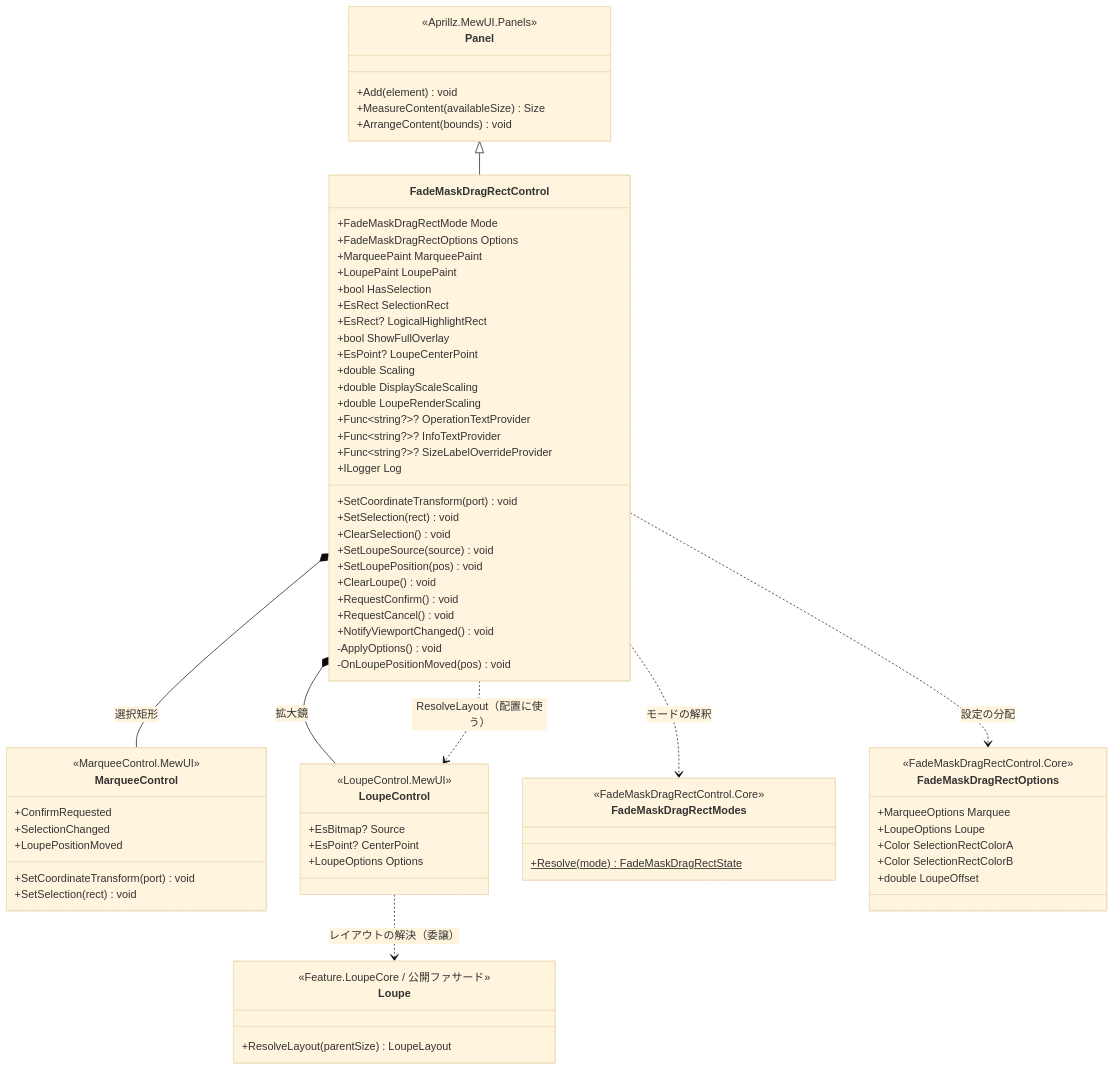
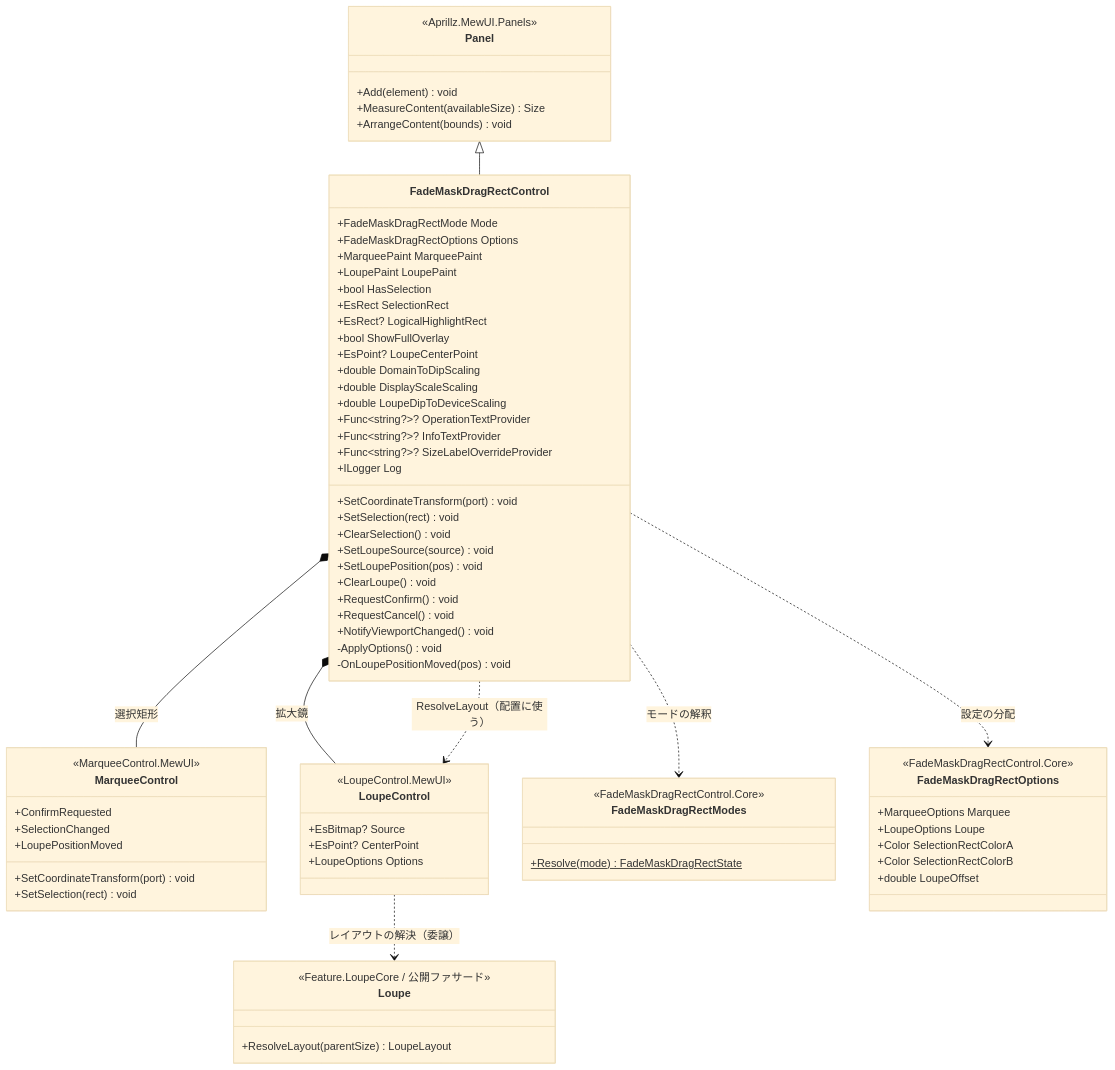
Before and after one commit to tomokuni/SaveEvidence: the first of 4 diagrams in src/FadeMaskDragRectControl.MewUI/SPEC_System.md, drawn with Mermaid (base theme). The commit also changed other lines of this file and 70 other files, not shown here.

````diff
--- a/src/FadeMaskDragRectControl.MewUI/SPEC_System.md
+++ b/src/FadeMaskDragRectControl.MewUI/SPEC_System.md
@@ -94,76 +94,76 @@
 ```mermaid
 classDiagram
     class Panel {
         <<Aprillz.MewUI.Panels>>
         +Add(element) void
         +MeasureContent(availableSize) Size
         +ArrangeContent(bounds) void
     }
     class FadeMaskDragRectControl {
         +FadeMaskDragRectMode Mode
         +FadeMaskDragRectOptions Options
         +MarqueePaint MarqueePaint
         +LoupePaint LoupePaint
         +bool HasSelection
         +EsRect SelectionRect
         +EsRect? LogicalHighlightRect
         +bool ShowFullOverlay
         +EsPoint? LoupeCenterPoint
-        +double Scaling
+        +double DomainToDipScaling
         +double DisplayScaleScaling
-        +double LoupeRenderScaling
+        +double LoupeDipToDeviceScaling
         +Func~string?~? OperationTextProvider
         +Func~string?~? InfoTextProvider
         +Func~string?~? SizeLabelOverrideProvider
         +ILogger Log
         +SetCoordinateTransform(port) void
         +SetSelection(rect) void
         +ClearSelection() void
         +SetLoupeSource(source) void
         +SetLoupePosition(pos) void
         +ClearLoupe() void
         +RequestConfirm() void
         +RequestCancel() void
         +NotifyViewportChanged() void
         -ApplyOptions() void
         -OnLoupePositionMoved(pos) void
     }
     class MarqueeControl {
         <<MarqueeControl.MewUI>>
         +SetCoordinateTransform(port) void
         +SetSelection(rect) void
         +ConfirmRequested
         +SelectionChanged
         +LoupePositionMoved
     }
     class LoupeControl {
         <<LoupeControl.MewUI>>
         +EsBitmap? Source
         +EsPoint? CenterPoint
         +LoupeOptions Options
     }
     class FadeMaskDragRectModes {
         <<FadeMaskDragRectControl.Core>>
         +Resolve(mode)$ FadeMaskDragRectState
     }
     class FadeMaskDragRectOptions {
         <<FadeMaskDragRectControl.Core>>
         +MarqueeOptions Marquee
         +LoupeOptions Loupe
         +Color SelectionRectColorA
         +Color SelectionRectColorB
         +double LoupeOffset
     }
     class Loupe {
         <<Feature.LoupeCore / 公開ファサード>>
         +ResolveLayout(parentSize) LoupeLayout
     }
 
     Panel <|-- FadeMaskDragRectControl
     FadeMaskDragRectControl *-- MarqueeControl : 選択矩形
     FadeMaskDragRectControl *-- LoupeControl : 拡大鏡
     FadeMaskDragRectControl ..> FadeMaskDragRectModes : モードの解釈
     FadeMaskDragRectControl ..> FadeMaskDragRectOptions : 設定の分配
     LoupeControl ..> Loupe : レイアウトの解決（委譲）
     FadeMaskDragRectControl ..> LoupeControl : ResolveLayout（配置に使う）
 ```
````
